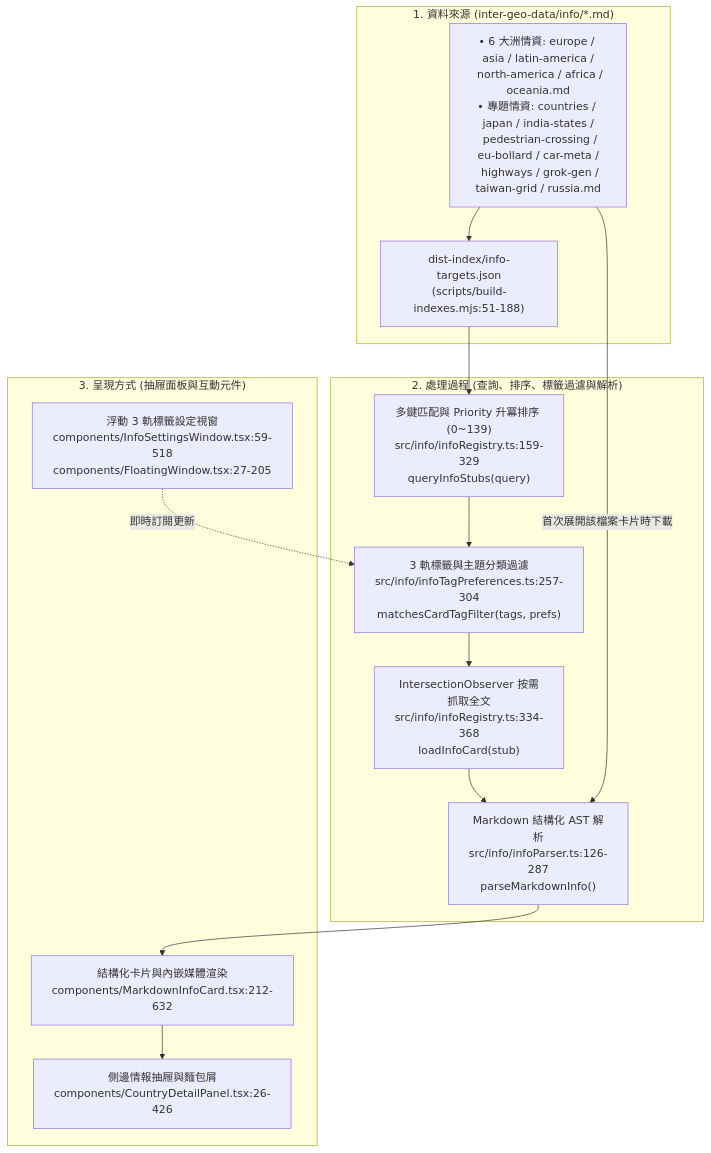
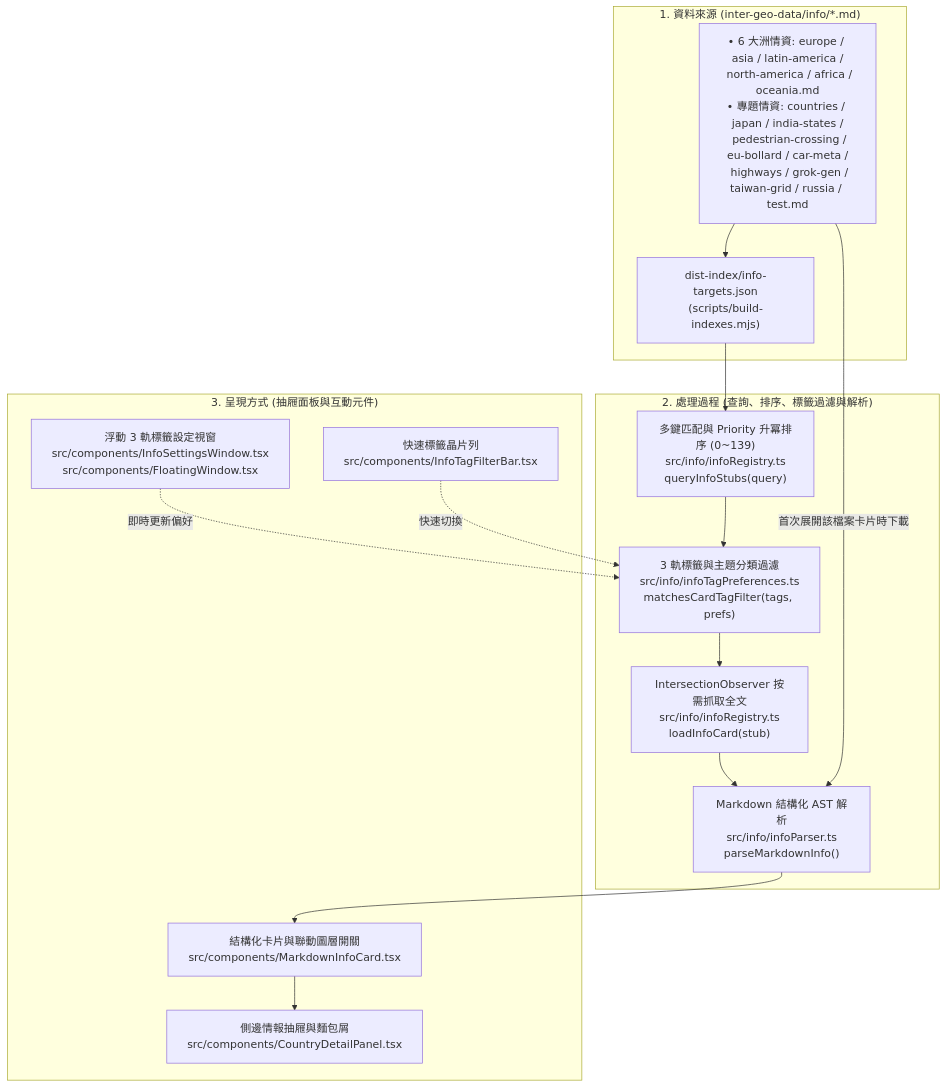
Before and after one commit to harvey-euph/inter-geo: the fifth of 7 diagrams in README.md, drawn with Mermaid. The commit also changed other lines of this file and 4 other files, not shown here.

Commit message:
docs: update README with new architecture and use relative and GitHub URLs

````diff
--- a/README.md
+++ b/README.md
@@ -217,31 +227,33 @@
 ```mermaid
 flowchart TD
   subgraph InfoSource["1. 資料來源 (inter-geo-data/info/*.md)"]
-    MD_FILES["• 6 大洲情資: europe / asia / latin-america /\n  north-america / africa / oceania.md\n• 專題情資: countries / japan / india-states /\n  pedestrian-crossing / eu-bollard / car-meta /\n  highways / grok-gen / taiwan-grid / russia.md"]
-    INFO_IDX["dist-index/info-targets.json\n(scripts/build-indexes.mjs:51-188)"]
+    MD_FILES["• 6 大洲情資: europe / asia / latin-america /\n  north-america / africa / oceania.md\n• 專題情資: countries / japan / india-states /\n  pedestrian-crossing / eu-bollard / car-meta /\n  highways / grok-gen / taiwan-grid / russia / test.md"]
+    INFO_IDX["dist-index/info-targets.json\n(scripts/build-indexes.mjs)"]
     MD_FILES --> INFO_IDX
   end
 
   subgraph InfoProcess["2. 處理過程 (查詢、排序、標籤過濾與解析)"]
-    QUERY_STUBS["多鍵匹配與 Priority 升冪排序 (0~139)\nsrc/info/infoRegistry.ts:159-329\nqueryInfoStubs(query)"]
-    TAG_FILTER["3 軌標籤與主題分類過濾\nsrc/info/infoTagPreferences.ts:257-304\nmatchesCardTagFilter(tags, prefs)"]
-    LAZY_LOAD["IntersectionObserver 按需抓取全文\nsrc/info/infoRegistry.ts:334-368\nloadInfoCard(stub)"]
-    MD_PARSER["Markdown 結構化 AST 解析\nsrc/info/infoParser.ts:126-287\nparseMarkdownInfo()"]
+    QUERY_STUBS["多鍵匹配與 Priority 升冪排序 (0~139)\nsrc/info/infoRegistry.ts\nqueryInfoStubs(query)"]
+    TAG_FILTER["3 軌標籤與主題分類過濾\nsrc/info/infoTagPreferences.ts\nmatchesCardTagFilter(tags, prefs)"]
+    LAZY_LOAD["IntersectionObserver 按需抓取全文\nsrc/info/infoRegistry.ts\nloadInfoCard(stub)"]
+    MD_PARSER["Markdown 結構化 AST 解析\nsrc/info/infoParser.ts\nparseMarkdownInfo()"]
 
     INFO_IDX --> QUERY_STUBS
     QUERY_STUBS --> TAG_FILTER
     TAG_FILTER --> LAZY_LOAD
     MD_FILES -->|"首次展開該檔案卡片時下載"| MD_PARSER
     LAZY_LOAD --> MD_PARSER
   end
 
   subgraph InfoRender["3. 呈現方式 (抽屜面板與互動元件)"]
-    TAG_WIN["浮動 3 軌標籤設定視窗\ncomponents/InfoSettingsWindow.tsx:59-518\ncomponents/FloatingWindow.tsx:27-205"]
-    DETAIL_PANEL["側邊情報抽屜與麵包屑\ncomponents/CountryDetailPanel.tsx:26-426"]
-    CARD_VIEW["結構化卡片與內嵌媒體渲染\ncomponents/MarkdownInfoCard.tsx:212-632"]
+    TAG_WIN["浮動 3 軌標籤設定視窗\nsrc/components/InfoSettingsWindow.tsx\nsrc/components/FloatingWindow.tsx"]
+    TAG_BAR["快速標籤晶片列\nsrc/components/InfoTagFilterBar.tsx"]
+    DETAIL_PANEL["側邊情報抽屜與麵包屑\nsrc/components/CountryDetailPanel.tsx"]
+    CARD_VIEW["結構化卡片與聯動圖層開關\nsrc/components/MarkdownInfoCard.tsx"]
 
-    TAG_WIN -.->|"即時訂閱更新"| TAG_FILTER
+    TAG_WIN -.->|"即時更新偏好"| TAG_FILTER
+    TAG_BAR -.->|"快速切換"| TAG_FILTER
     MD_PARSER --> CARD_VIEW
     CARD_VIEW --> DETAIL_PANEL
   end
 ```
````
